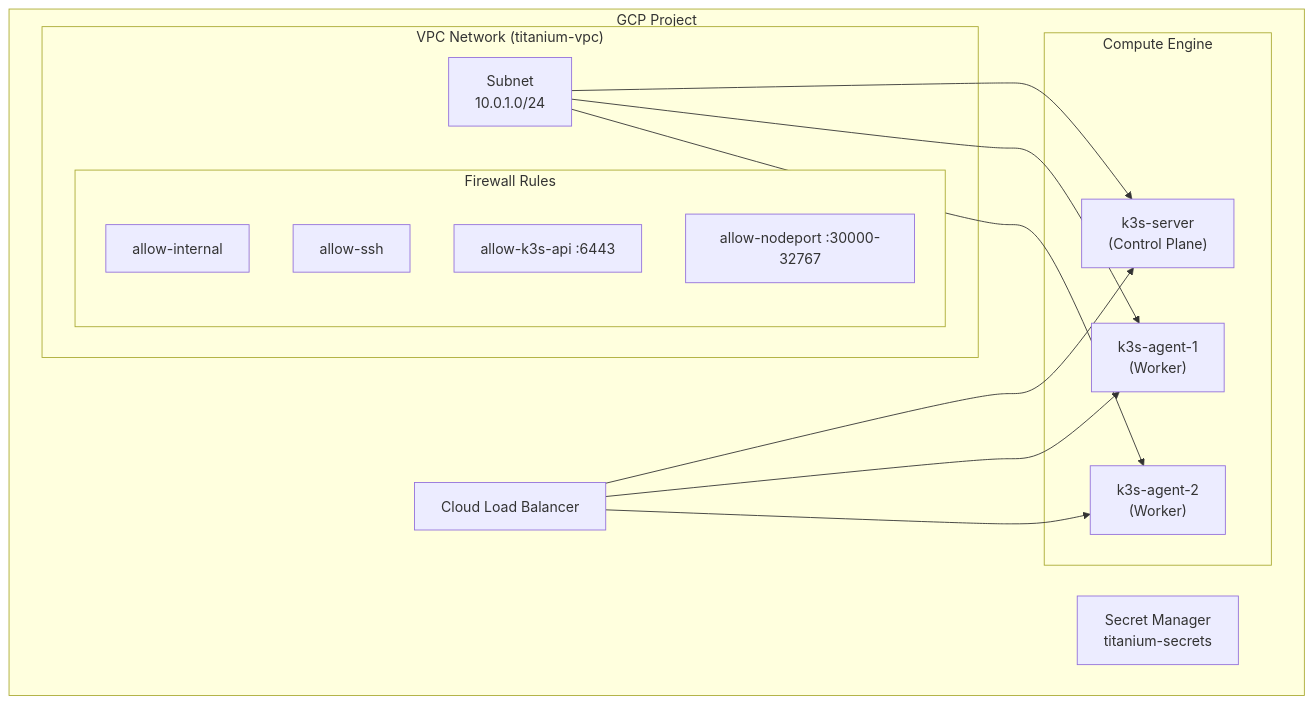
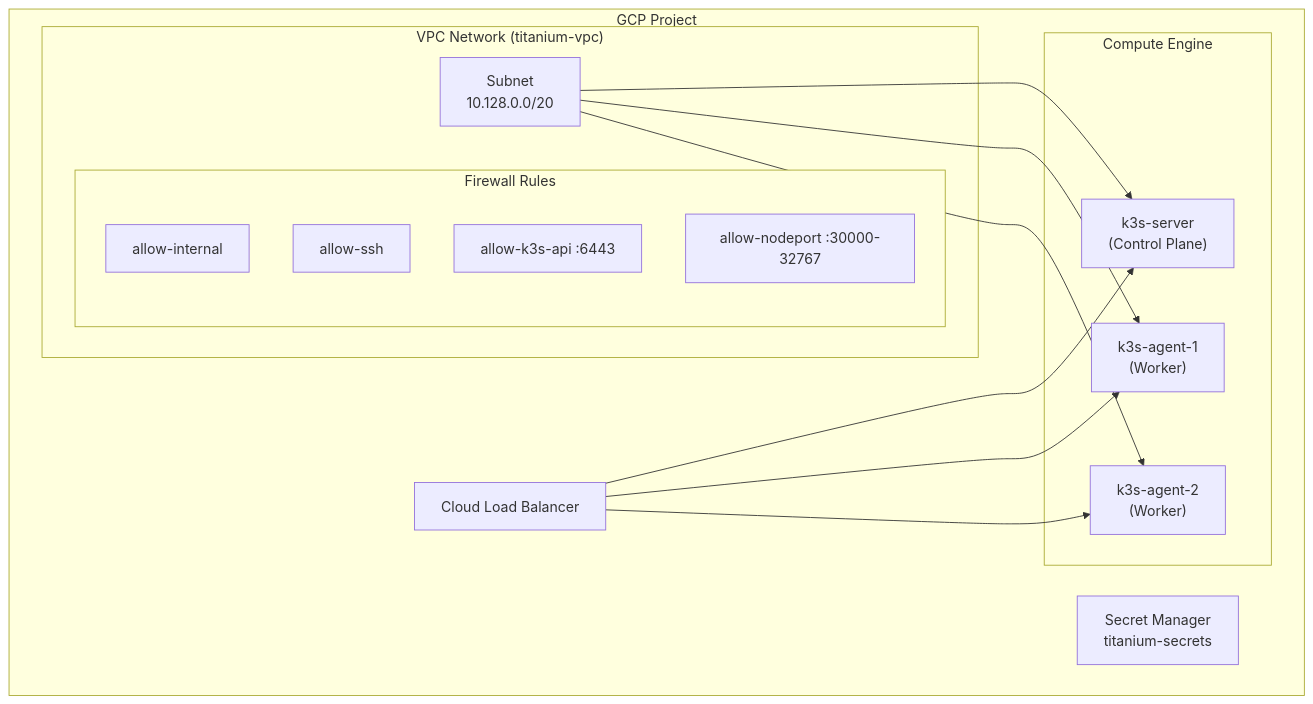
Before and after one commit to DvwN-Lee/Monitoring-v3: the second of 9 diagrams in docs/architecture/README.md, drawn with Mermaid. The commit also changed other lines of this file and 27 other files, not shown here.

````diff
--- a/docs/architecture/README.md
+++ b/docs/architecture/README.md
@@ -89,31 +89,31 @@
 ```mermaid
 flowchart TB
     subgraph GCP["GCP Project"]
         subgraph VPC["VPC Network (titanium-vpc)"]
-            Subnet["Subnet<br/>10.0.1.0/24"]
+            Subnet["Subnet<br/>10.128.0.0/20"]
 
             subgraph FW["Firewall Rules"]
                 FW1[allow-internal]
                 FW2[allow-ssh]
                 FW3[allow-k3s-api :6443]
                 FW4[allow-nodeport :30000-32767]
             end
         end
 
         subgraph Compute["Compute Engine"]
             Server["k3s-server<br/>(Control Plane)"]
             Agent1["k3s-agent-1<br/>(Worker)"]
             Agent2["k3s-agent-2<br/>(Worker)"]
         end
 
         LB["Cloud Load Balancer"]
         SM["Secret Manager<br/>titanium-secrets"]
     end
 
     Subnet --> Server
     Subnet --> Agent1
     Subnet --> Agent2
     LB --> Server
     LB --> Agent1
     LB --> Agent2
 ```
````
